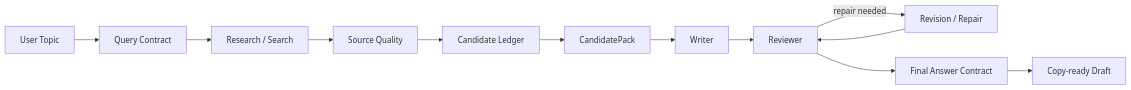
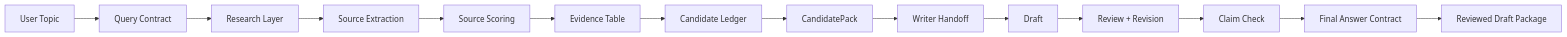
The diagram in README.md (RaulMermans/BlogAgent), drawn with Mermaid before and after one commit. The commit also changed other lines of this file, not shown here.

````diff
--- a/README.md
+++ b/README.md
@@ -115,14 +58,16 @@
 ```mermaid
 flowchart LR
     A[User Topic] --> B[Query Contract]
-    B --> C[Research / Search]
-    C --> D[Source Quality]
-    D --> E[Candidate Ledger]
-    E --> F[CandidatePack]
-    F --> G[Writer]
-    G --> H[Reviewer]
-    H -->|repair needed| I[Revision / Repair]
-    I --> H
-    H --> J[Final Answer Contract]
-    J --> K[Copy-ready Draft]
+    B --> C[Research Layer]
+    C --> D[Source Extraction]
+    D --> E[Source Scoring]
+    E --> F[Evidence Table]
+    F --> G[Candidate Ledger]
+    G --> H[CandidatePack]
+    H --> I[Writer Handoff]
+    I --> J[Draft]
+    J --> K[Review + Revision]
+    K --> L[Claim Check]
+    L --> M[Final Answer Contract]
+    M --> N[Reviewed Draft Package]
 ```
````
